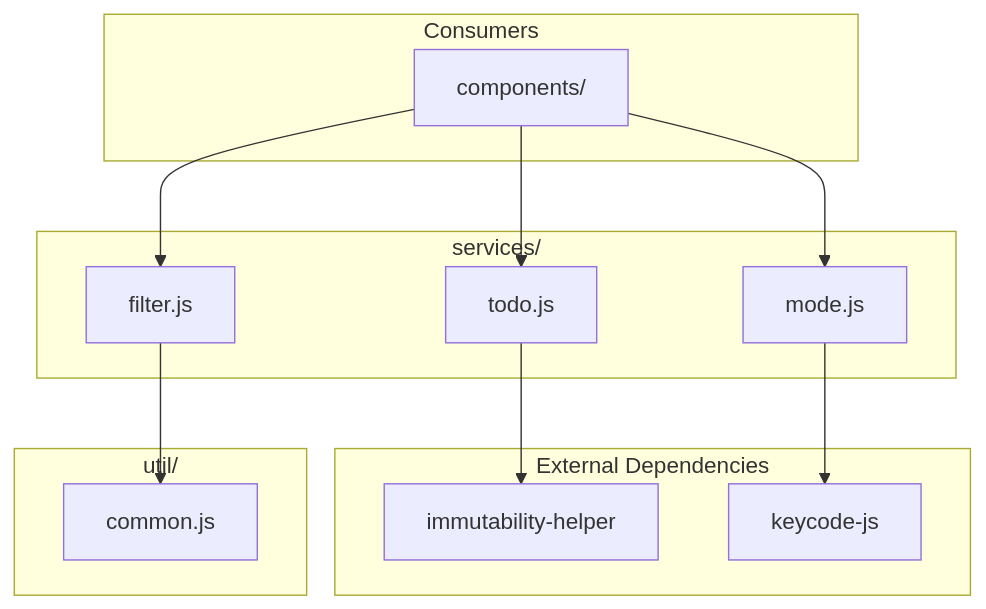
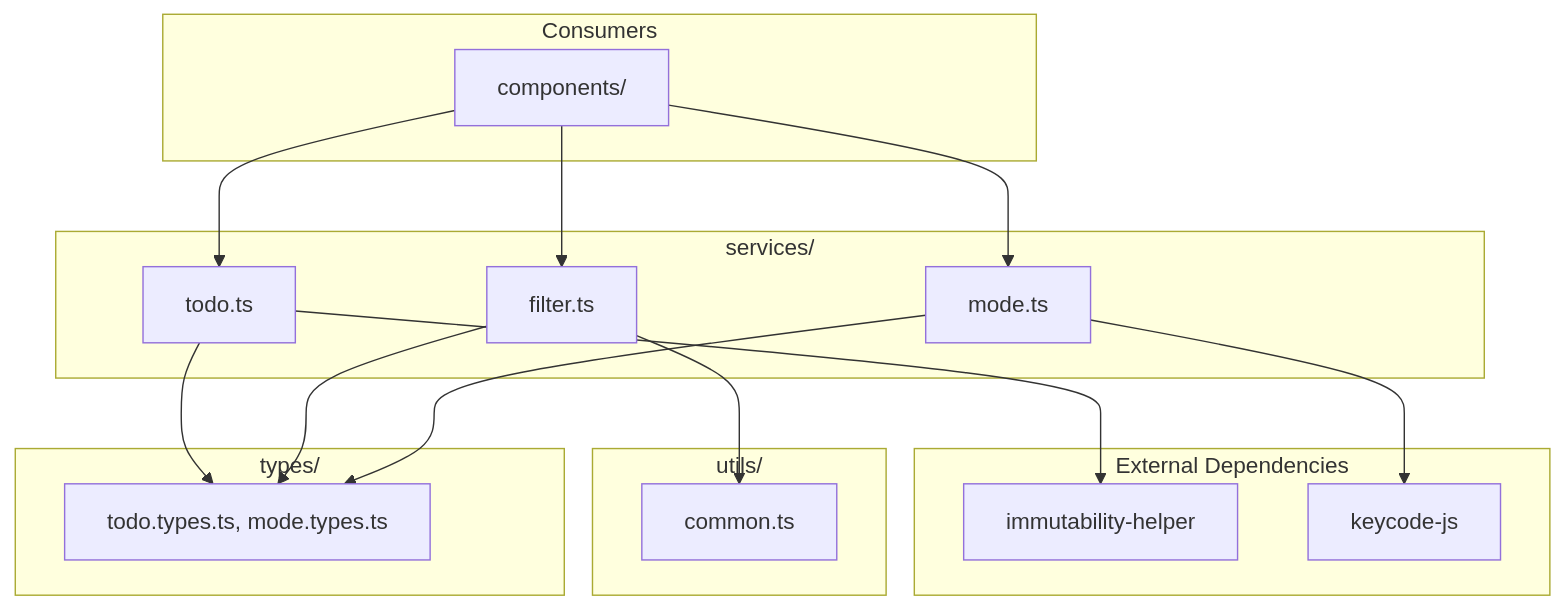
Before and after one commit to hardik-blitzy/react-todo-app: the first of 2 diagrams in src/services/README.md, drawn with Mermaid. The commit also changed other lines of this file, not shown here.

````diff
--- a/src/services/README.md
+++ b/src/services/README.md
@@ -19,28 +21,35 @@
 ```mermaid
 flowchart TB
     subgraph services["services/"]
-        TODO["todo.js"]
-        FILTER["filter.js"]
-        MODE["mode.js"]
+        TODO["todo.ts"]
+        FILTER["filter.ts"]
+        MODE["mode.ts"]
     end
     
     subgraph deps["External Dependencies"]
         IMM["immutability-helper"]
         KEY["keycode-js"]
     end
     
-    subgraph util["util/"]
-        COMMON["common.js"]
+    subgraph utils["utils/"]
+        COMMON["common.ts"]
+    end
+    
+    subgraph types["types/"]
+        TYPES["todo.types.ts, mode.types.ts"]
     end
     
     subgraph consumers["Consumers"]
         COMP["components/"]
     end
     
     TODO --> IMM
+    TODO --> TYPES
     FILTER --> COMMON
+    FILTER --> TYPES
     MODE --> KEY
+    MODE --> TYPES
     COMP --> TODO
     COMP --> FILTER
     COMP --> MODE
 ```
````
